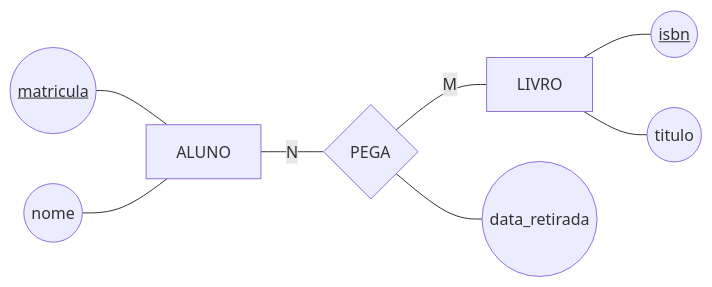
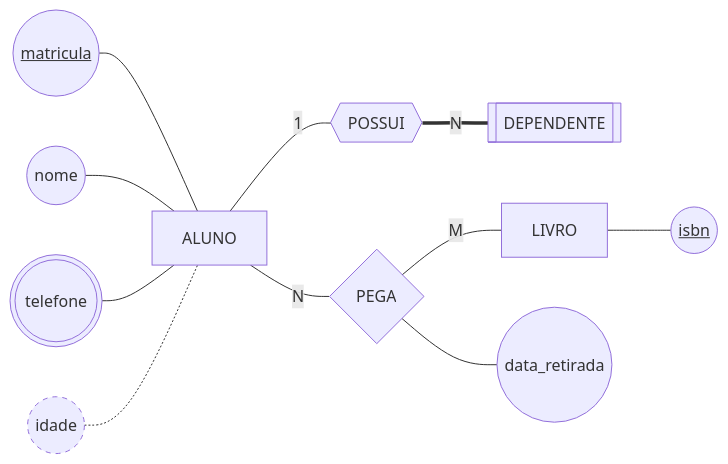
One commit to jreluiz/curso-modelagem-dados changed the first of 3 diagrams in recursos/notacoes-der.md. Above: the diagram before and after it, drawn with Mermaid. The commit also changed other lines of this file and 145 other files, not shown here.

````diff
--- a/recursos/notacoes-der.md
+++ b/recursos/notacoes-der.md
@@ -130,10 +58,15 @@
 ```mermaid
 flowchart LR
-    matricula(("<u>matricula</u>")) --- ALUNO[ALUNO]
+    mat(("<u>matricula</u>")) --- ALUNO[ALUNO]
     nome((nome)) --- ALUNO
+    tel(((telefone))) --- ALUNO
+    idade((idade)) -.- ALUNO
+    ALUNO ---|1| POSSUI{{POSSUI}}
+    POSSUI ===|N| DEP[[DEPENDENTE]]
     ALUNO ---|N| PEGA{PEGA}
     PEGA ---|M| LIVRO[LIVRO]
-    PEGA --- data((data_retirada))
+    PEGA --- dt((data_retirada))
     LIVRO --- isbn(("<u>isbn</u>"))
-    LIVRO --- titulo((titulo))
+    classDef derivado stroke-dasharray: 5 5
+    class idade derivado
 ```
````
